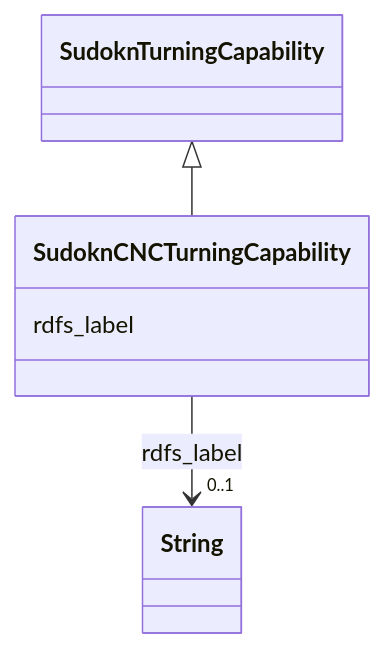
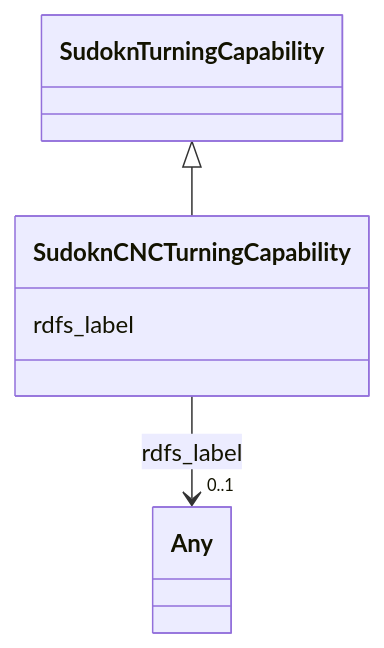
The diagram in sudokn-kg/classes/SudoknCNCTurningCapability.md (frink-okn/graph-descriptions), drawn with Mermaid before and after one commit. The commit also changed other lines of this file and 903 other files, not shown here.

````diff
--- a/sudokn-kg/classes/SudoknCNCTurningCapability.md
+++ b/sudokn-kg/classes/SudoknCNCTurningCapability.md
@@ -23,18 +18,18 @@
 ```mermaid
  classDiagram
     class SudoknCNCTurningCapability
     click SudoknCNCTurningCapability href "../SudoknCNCTurningCapability"
       SudoknTurningCapability <|-- SudoknCNCTurningCapability
         click SudoknTurningCapability href "../SudoknTurningCapability"
       
       SudoknCNCTurningCapability : rdfs_label
         
           
     
     
-    SudoknCNCTurningCapability --> "0..1" String : rdfs_label
-    click String href "../String"
+    SudoknCNCTurningCapability --> "0..1" Any : rdfs_label
+    click Any href "../Any"
 
         
       
 ```
````
